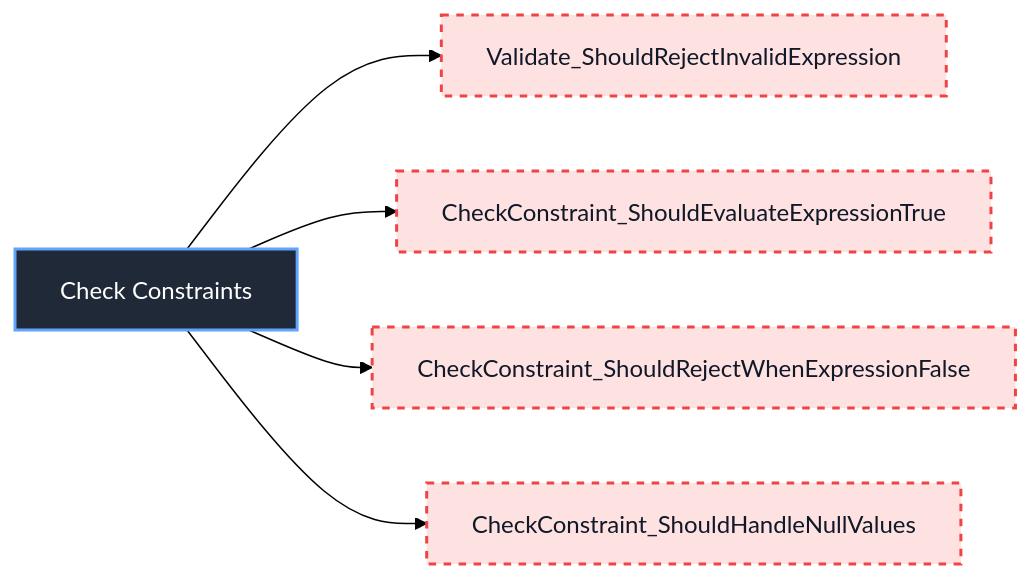
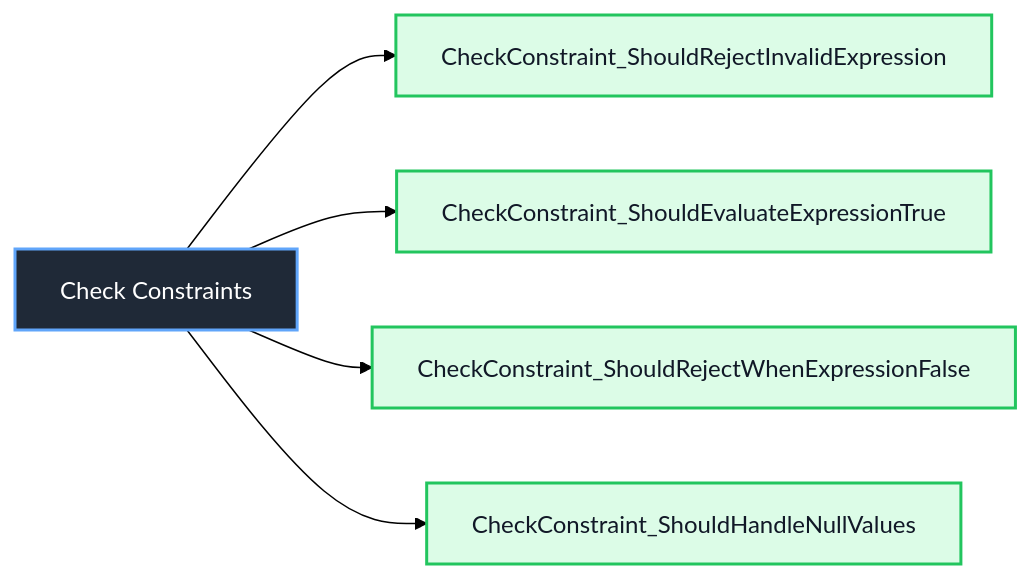
Before and after one commit to Hagiakhanh/bbv-dbms: diagram 17 of 53 in docs/sequence-diagrams/README.md, drawn with Mermaid (forest theme). The commit also changed other lines of this file and 4 other files, not shown here.

Commit message:
test: add check constraints unit test

````diff
--- a/docs/sequence-diagrams/README.md
+++ b/docs/sequence-diagrams/README.md
@@ -656,16 +656,16 @@
 ```mermaid
 flowchart LR
     ClassNode["Check Constraints"]
 
-    ClassNode --> Check_Constraints_1["Validate_ShouldRejectInvalidExpression"]
+    ClassNode --> Check_Constraints_1["CheckConstraint_ShouldRejectInvalidExpression"]
     ClassNode --> Check_Constraints_2["CheckConstraint_ShouldEvaluateExpressionTrue"]
     ClassNode --> Check_Constraints_3["CheckConstraint_ShouldRejectWhenExpressionFalse"]
     ClassNode --> Check_Constraints_4["CheckConstraint_ShouldHandleNullValues"]
 
     classDef classNode fill:#1f2937,stroke:#60a5fa,color:#ffffff,stroke-width:2px
     classDef completedTest fill:#dcfce7,stroke:#22c55e,color:#111827,stroke-width:2px
     classDef missingTest fill:#fee2e2,stroke:#ef4444,color:#111827,stroke-width:2px,stroke-dasharray:5 5
 
     class ClassNode classNode
-    class Check_Constraints_1,Check_Constraints_2,Check_Constraints_3,Check_Constraints_4 missingTest
+    class Check_Constraints_1,Check_Constraints_2,Check_Constraints_3,Check_Constraints_4 completedTest
 ```
````
